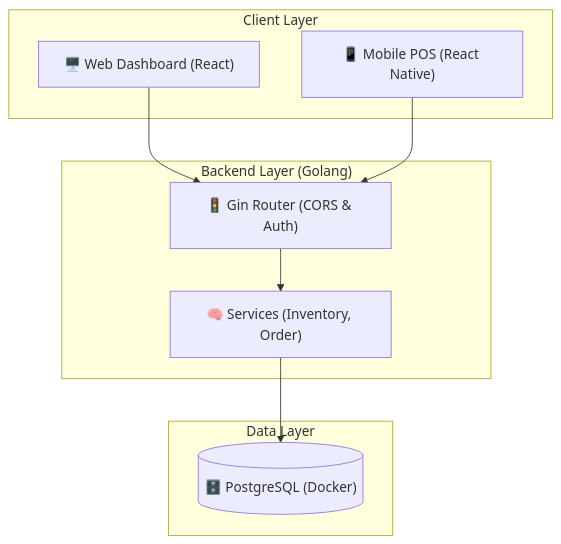
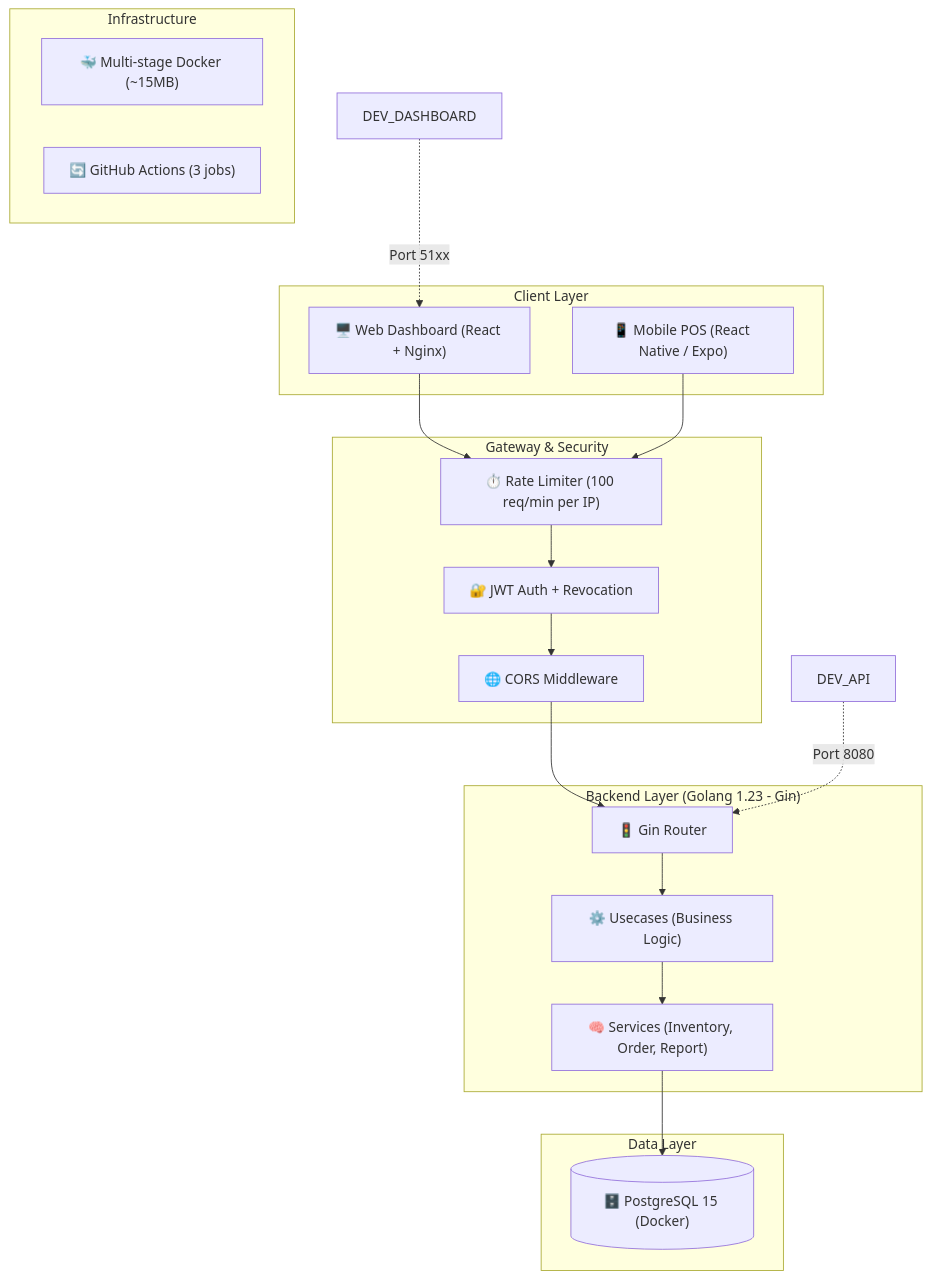
Before and after one commit to emoajib/SINGGAH-COFFE: the diagram in PROJECT_STATUS.md, drawn with Mermaid. The commit also changed other lines of this file, not shown here.

````diff
--- a/PROJECT_STATUS.md
+++ b/PROJECT_STATUS.md
@@ -73,21 +85,40 @@
 ```mermaid
 graph TD
     subgraph Clients ["Client Layer"]
-        WEB["🖥️ Web Dashboard (React)"]
-        MOBILE["📱 Mobile POS (React Native)"]
+        WEB["🖥️ Web Dashboard (React + Nginx)"]
+        MOBILE["📱 Mobile POS (React Native / Expo)"]
     end
 
-    subgraph Backend ["Backend Layer (Golang)"]
-        ROUTER["🚦 Gin Router (CORS & Auth)"]
-        SERVICES["🧠 Services (Inventory, Order)"]
+    subgraph Gateway ["Gateway & Security"]
+        RATELIMIT["⏱️ Rate Limiter (100 req/min per IP)"]
+        AUTH["🔐 JWT Auth + Revocation"]
+        CORS["🌐 CORS Middleware"]
+    end
+
+    subgraph Backend ["Backend Layer (Golang 1.23 - Gin)"]
+        ROUTER["🚦 Gin Router"]
+        SERVICES["🧠 Services (Inventory, Order, Report)"]
+        USECASE["⚙️ Usecases (Business Logic)"]
     end
 
     subgraph Data ["Data Layer"]
-        DB[("🗄️ PostgreSQL (Docker)")]
+        DB[("🗄️ PostgreSQL 15 (Docker)")]
     end
 
-    WEB --> ROUTER
-    MOBILE --> ROUTER
-    ROUTER --> SERVICES
+    subgraph DevOps ["Infrastructure"]
+        DOCKER["🐳 Multi-stage Docker (~15MB)"]
+        CI["🔄 GitHub Actions (3 jobs)"]
+    end
+
+    WEB --> RATELIMIT
+    MOBILE --> RATELIMIT
+    RATELIMIT --> AUTH
+    AUTH --> CORS
+    CORS --> ROUTER
+    ROUTER --> USECASE
+    USECASE --> SERVICES
     SERVICES --> DB
+
+    DEV_DASHBOARD -.->|"Port 51xx"| WEB
+    DEV_API -.->|"Port 8080"| ROUTER
 ```
````
